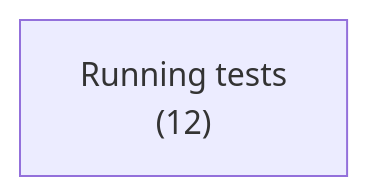
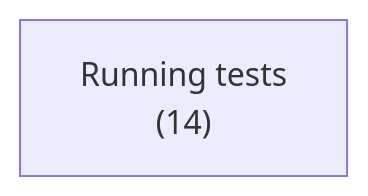
Before and after one commit to ruudkoot/rune: the first of 2 diagrams in docs/generated/test/runner/depends.md, drawn with Mermaid. The commit also changed other lines of this file and 44 other files, not shown here.

````diff
--- a/docs/generated/test/runner/depends.md
+++ b/docs/generated/test/runner/depends.md
@@ -24,4 +24,4 @@
 ```mermaid
 flowchart LR
-  a0["Running tests<br>(12)"]
+  a0["Running tests<br>(14)"]
 ```
````
